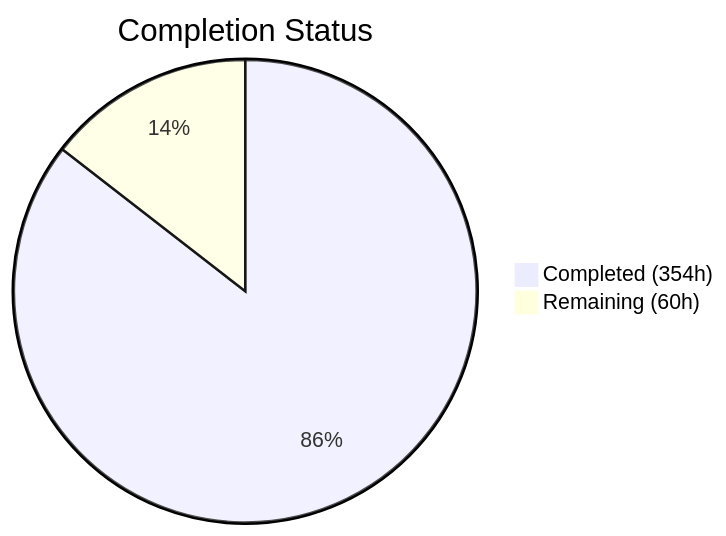
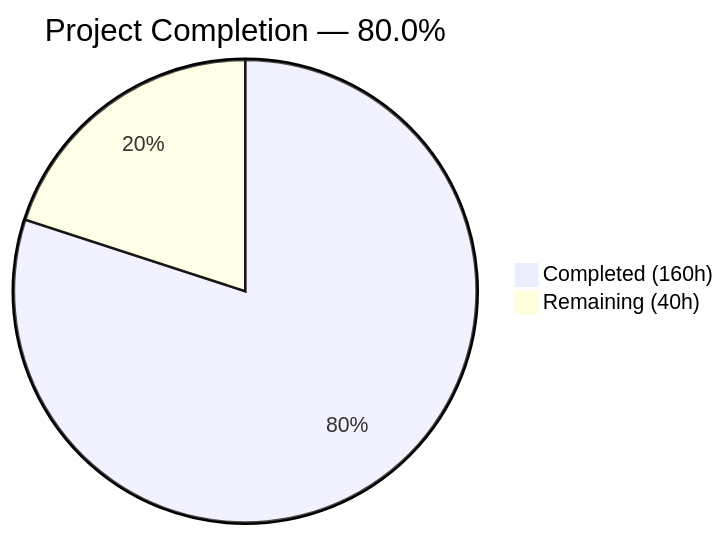
Before and after one commit to Blitzy-Sandbox/blitzy-SplendidCRM: the first of 2 diagrams in blitzy/documentation/Project Guide.md, drawn with Mermaid. The commit also changed other lines of this file, not shown here.

Commit message:
Adding Blitzy Project Guide: Project Status and Human Tasks Remaining

````diff
--- a/blitzy/documentation/Project Guide.md
+++ b/blitzy/documentation/Project Guide.md
@@ -22,5 +13,5 @@
 ```mermaid
-pie title Completion Status
-    "Completed (354h)" : 354
-    "Remaining (60h)" : 60
+pie title Project Completion — 80.0%
+    "Completed (160h)" : 160
+    "Remaining (40h)" : 40
 ```
````
